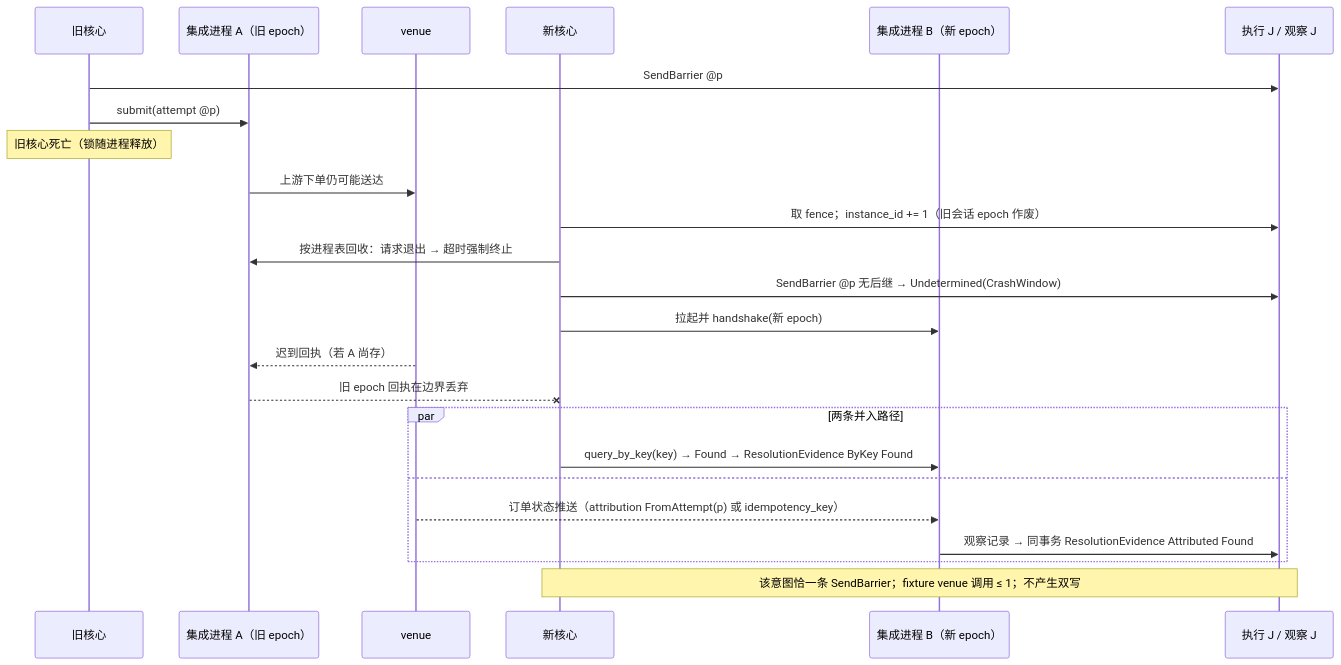
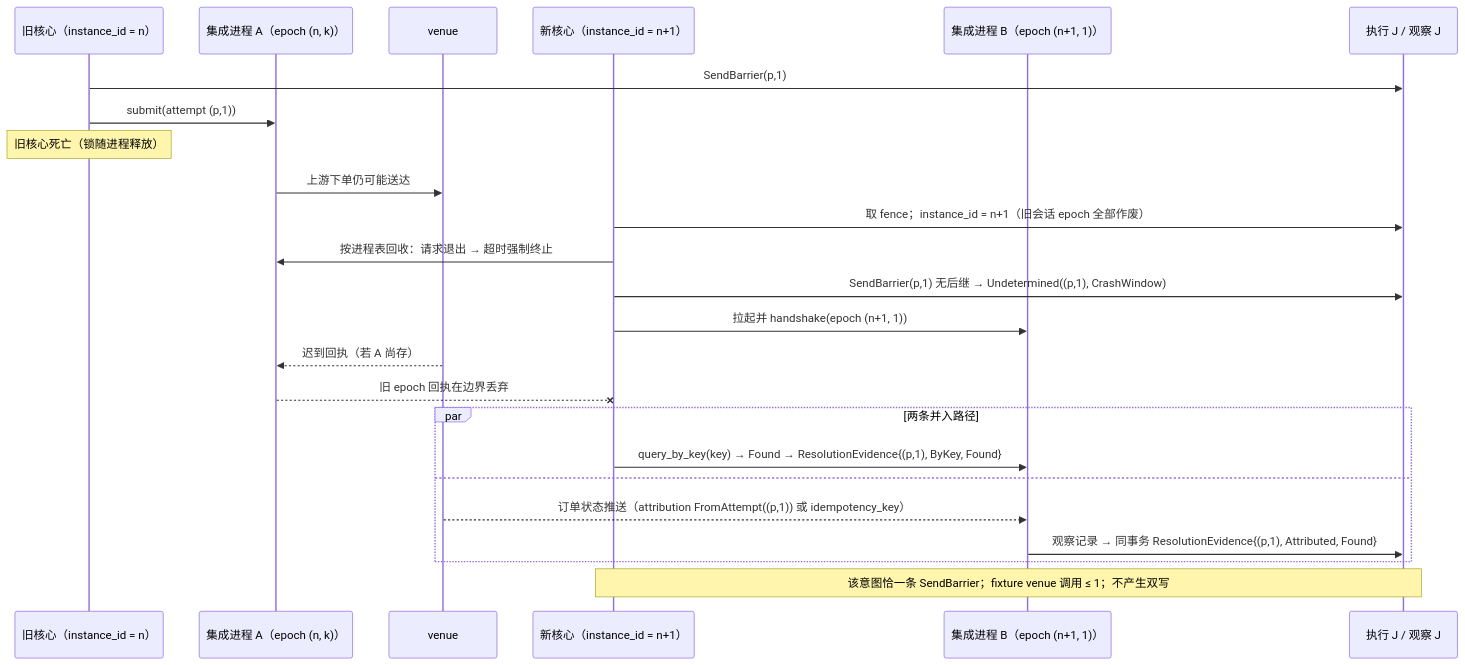
The third of 4 diagrams in design/diagrams/07-crash-recovery.md (mouriya-s-lab/uta), drawn with Mermaid before and after one commit. The commit also changed other lines of this file and 9 other files, not shown here.

Commit message:
设计：并入 astra 复核——腿身份 AttemptRef、回执/证据字节归执行事实、EffectResponse 完成事实、AwaitingTargetTerminal 有界出口、ReconciliationReopened 重开取证、取证记录矩阵（Unavailable 不算取证）、lane 集合语义贯通、恢复先判 Resolved、alignment 读当前流末 + checked_as_of、一版一决 Conflict(AlreadyDecided)、Lag/完备位置切面、唯一边=类型依赖与语义消费、XA 类比改设计标签；图 D1–D9 同步

````diff
--- a/design/diagrams/07-crash-recovery.md
+++ b/design/diagrams/07-crash-recovery.md
@@ -75,26 +71,26 @@
 ```mermaid
 sequenceDiagram
-  participant OLD as 旧核心
-  participant IA as 集成进程 A（旧 epoch）
+  participant OLD as 旧核心（instance_id = n）
+  participant IA as 集成进程 A（epoch (n, k)）
   participant V as venue
-  participant NEW as 新核心
-  participant IB as 集成进程 B（新 epoch）
+  participant NEW as 新核心（instance_id = n+1）
+  participant IB as 集成进程 B（epoch (n+1, 1)）
   participant J as 执行 J / 观察 J
-  OLD->>J: SendBarrier @p
-  OLD->>IA: submit(attempt @p)
+  OLD->>J: SendBarrier(p,1)
+  OLD->>IA: submit(attempt (p,1))
   Note over OLD: 旧核心死亡（锁随进程释放）
   IA->>V: 上游下单仍可能送达
-  NEW->>J: 取 fence；instance_id += 1（旧会话 epoch 作废）
+  NEW->>J: 取 fence；instance_id = n+1（旧会话 epoch 全部作废）
   NEW->>IA: 按进程表回收：请求退出 → 超时强制终止
-  NEW->>J: SendBarrier @p 无后继 → Undetermined(CrashWindow)
-  NEW->>IB: 拉起并 handshake(新 epoch)
+  NEW->>J: SendBarrier(p,1) 无后继 → Undetermined((p,1), CrashWindow)
+  NEW->>IB: 拉起并 handshake(epoch (n+1, 1))
   V-->>IA: 迟到回执（若 A 尚存）
   IA--xNEW: 旧 epoch 回执在边界丢弃
   par 两条并入路径
-    NEW->>IB: query_by_key(key) → Found → ResolutionEvidence ByKey Found
+    NEW->>IB: query_by_key(key) → Found → ResolutionEvidence{(p,1), ByKey, Found}
   and
-    V-->>IB: 订单状态推送（attribution FromAttempt(p) 或 idempotency_key）
-    IB->>J: 观察记录 → 同事务 ResolutionEvidence Attributed Found
+    V-->>IB: 订单状态推送（attribution FromAttempt((p,1)) 或 idempotency_key）
+    IB->>J: 观察记录 → 同事务 ResolutionEvidence{(p,1), Attributed, Found}
   end
   Note over NEW,J: 该意图恰一条 SendBarrier；fixture venue 调用 ≤ 1；不产生双写
 ```
````
